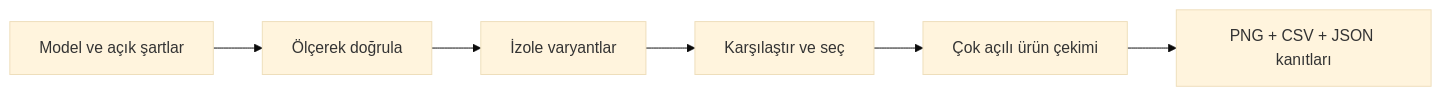
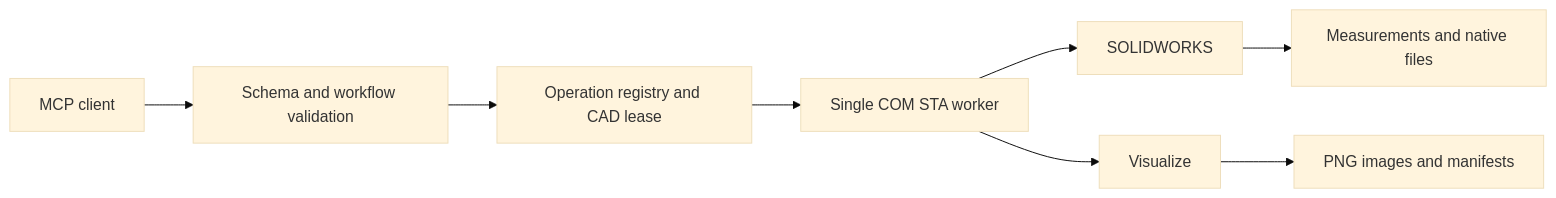
One commit to U-C4N/Solidworks-MCP-PRO changed the diagram in README.md. Above: the diagram before and after it, drawn with Mermaid (base theme). The commit also changed other lines of this file and 1 other file, not shown here.

Commit message:
docs: redesign README in English with native workflow examples

````diff
--- a/README.md
+++ b/README.md
@@ -36,8 +242,10 @@
 ```mermaid
 flowchart LR
-    A[Model ve açık şartlar] --> B[Ölçerek doğrula]
-    B --> C[İzole varyantlar]
-    C --> D[Karşılaştır ve seç]
-    D --> E[Çok açılı ürün çekimi]
-    E --> F[PNG + CSV + JSON kanıtları]
+    A[MCP client] --> B[Schema and workflow validation]
+    B --> C[Operation registry and CAD lease]
+    C --> D[Single COM STA worker]
+    D --> E[SOLIDWORKS]
+    D --> F[Visualize]
+    E --> G[Measurements and native files]
+    F --> H[PNG images and manifests]
 ```
````
